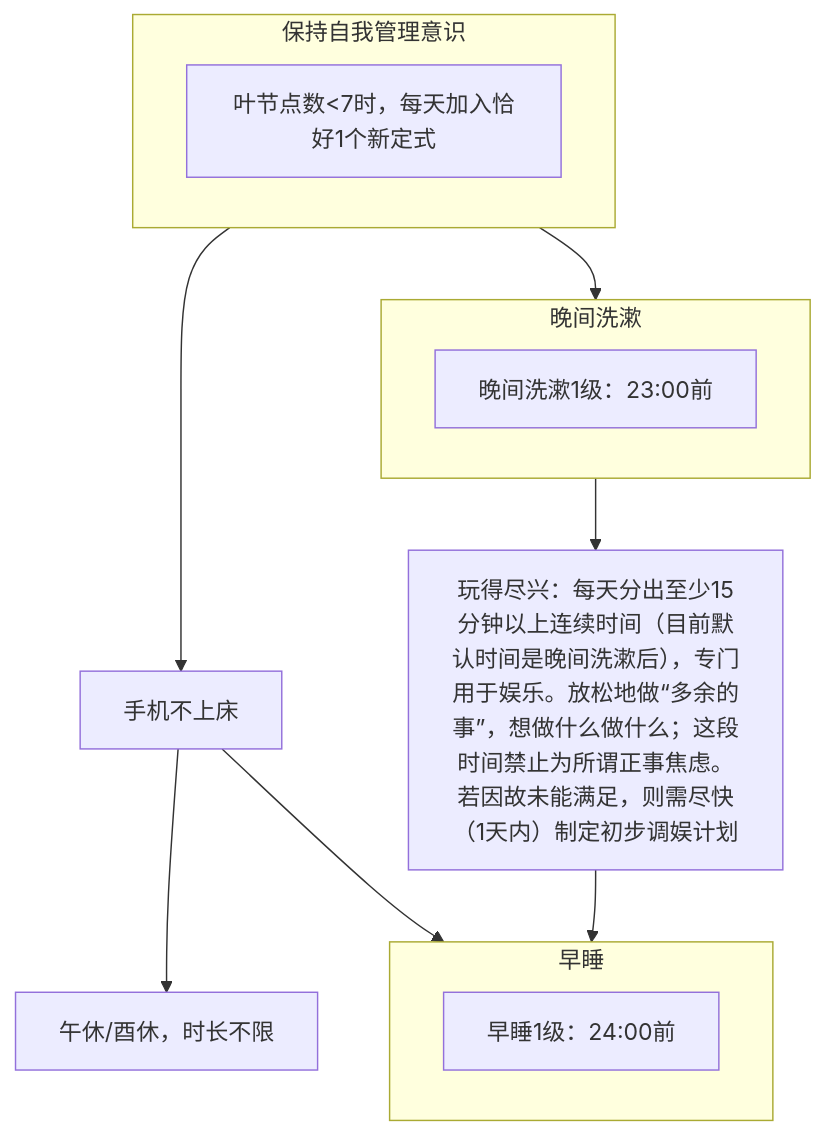
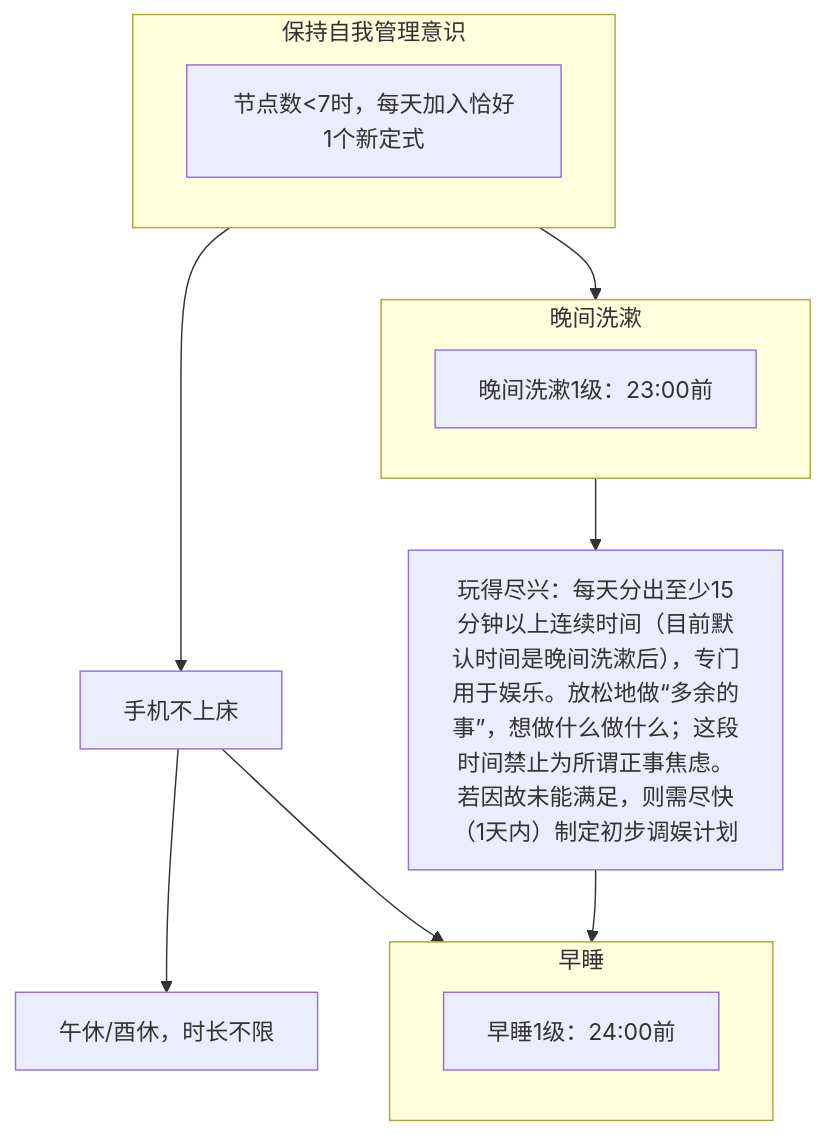
The diagram in README.md (Ethkuil/RSIP-tree), drawn with Mermaid before and after one commit.

Commit message:
update #0: 叶节点数 => 节点数

````diff
--- a/README.md
+++ b/README.md
@@ -7,22 +7,22 @@
 ```mermaid
 graph TD
 
 subgraph 5[保持自我管理意识]
-0[叶节点数<7时，每天加入恰好1个新定式]
+0[节点数<7时，每天加入恰好1个新定式]
 end
 
 5 --> 1[手机不上床]
 1 --> 2[午休/酉休，时长不限]
 
 5 --> 6
 subgraph 6[晚间洗漱]
 7[晚间洗漱1级：23:00前]
 end
 6 --> 8[玩得尽兴：每天分出至少15分钟以上连续时间（目前默认时间是晚间洗漱后），专门用于娱乐。放松地做“多余的事”，想做什么做什么；这段时间禁止为所谓正事焦虑。若因故未能满足，则需尽快（1天内）制定初步调娱计划]
 
 1 --> 9
 8 --> 9
 subgraph 9[早睡]
 a[早睡1级：24:00前]
 end
 ```
````
